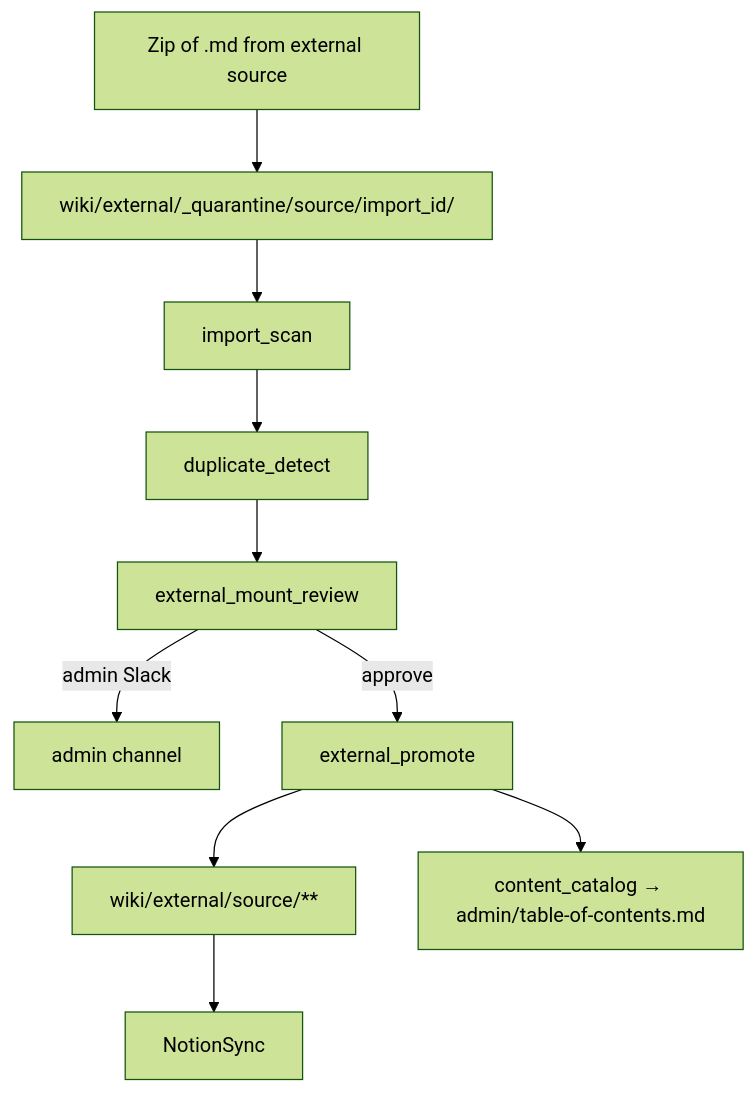
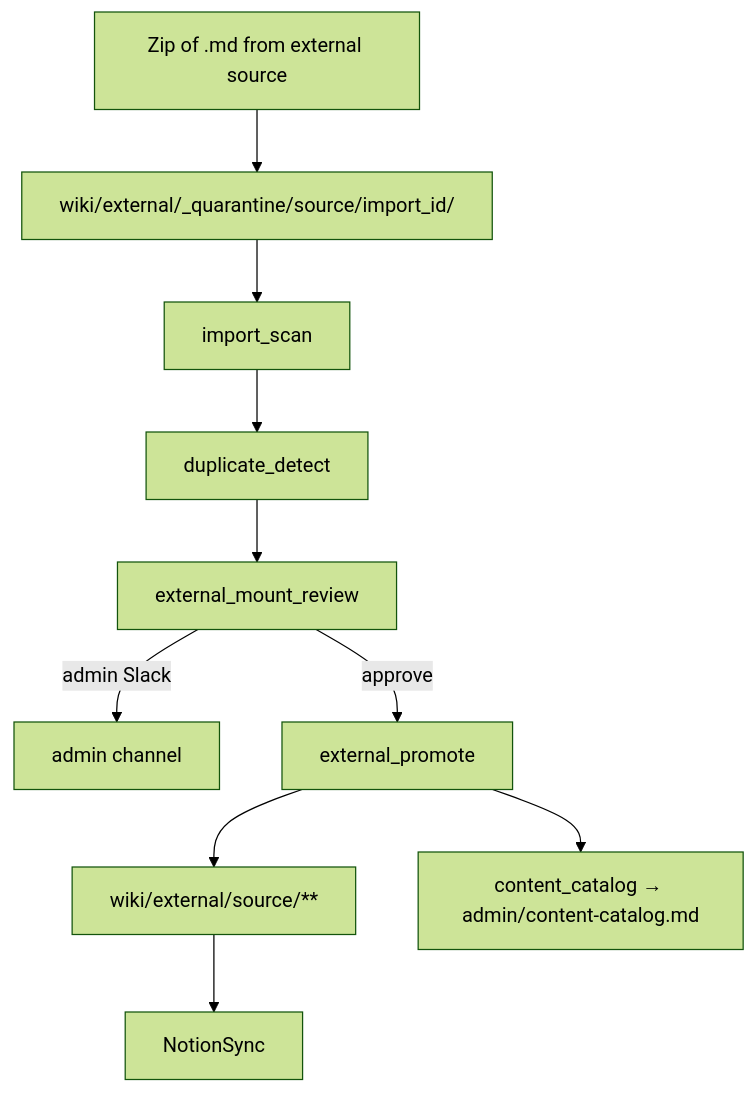
One commit to NickyHeC/4r7a changed the diagram in docs/agents/external_wiki.md. Above: the diagram before and after it, drawn with Mermaid (forest theme). The commit also changed other lines of this file and 97 other files, not shown here.

````diff
--- a/docs/agents/external_wiki.md
+++ b/docs/agents/external_wiki.md
@@ -15,12 +20,12 @@
 ```mermaid
 flowchart TB
   ZIP[Zip of .md from external source] --> Q[wiki/external/_quarantine/source/import_id/]
   Q --> SCAN[import_scan]
   SCAN --> DUP[duplicate_detect]
   DUP --> REV[external_mount_review]
   REV -->|admin Slack| ADMIN[admin channel]
   REV -->|approve| PROM[external_promote]
   PROM --> EW[wiki/external/source/**]
   EW --> NS[NotionSync]
-  PROM --> TOC[content_catalog → admin/table-of-contents.md]
+  PROM --> TOC[content_catalog → admin/content-catalog.md]
 ```
````
